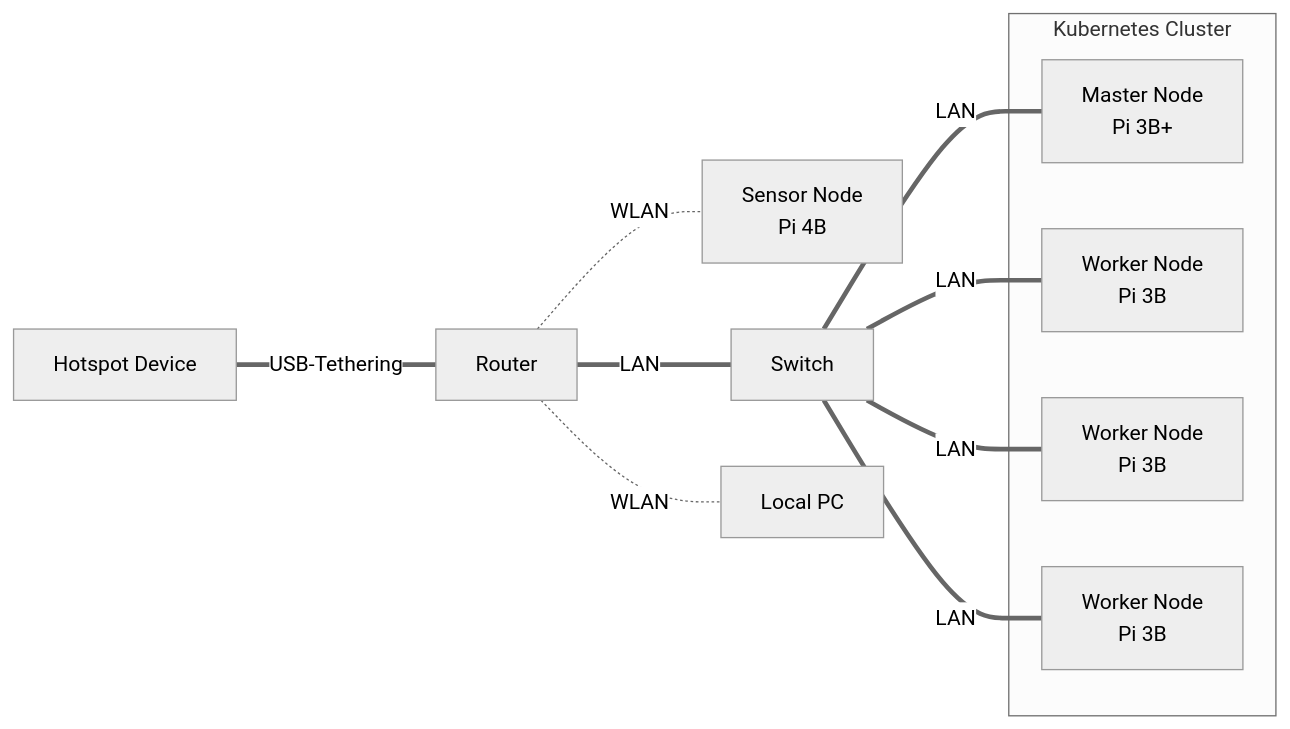
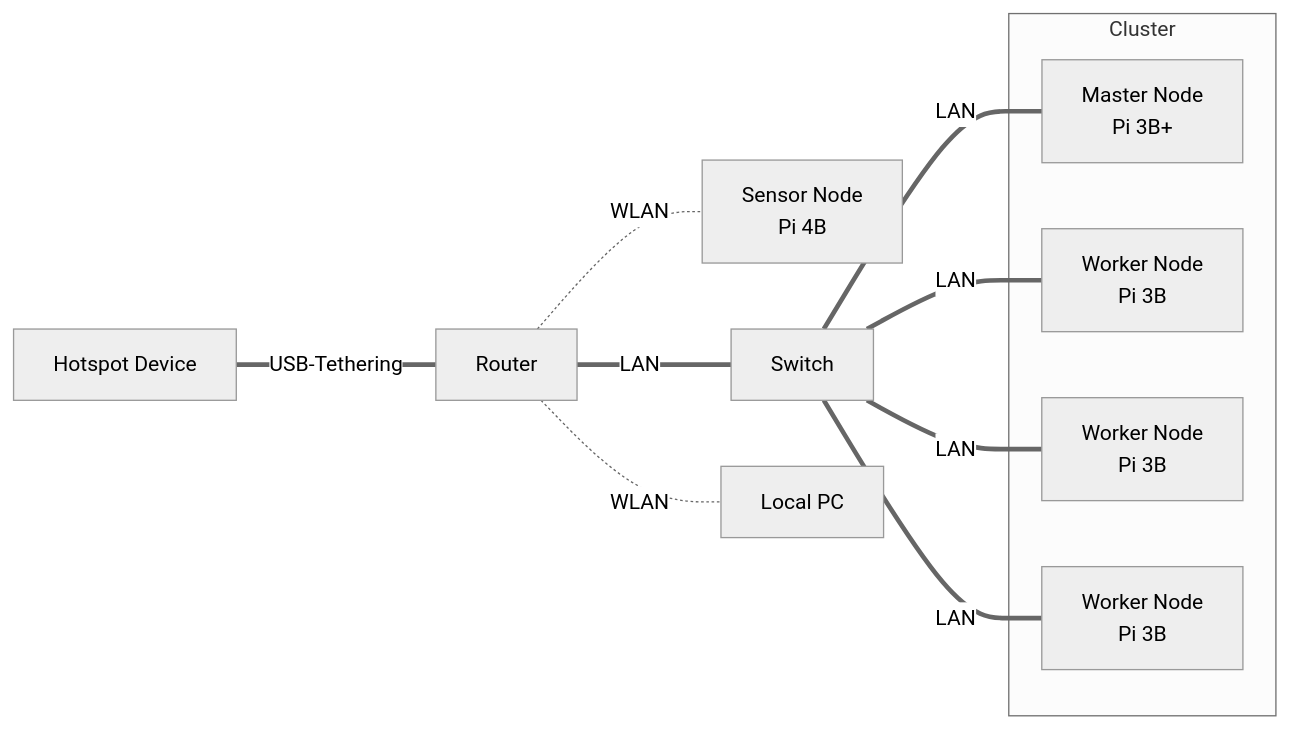
One commit to ccfrauasgr2/pet-detection changed the first of 4 diagrams in docs/Group_2_SS23_ProjectReport.md. Above: the diagram before and after it, drawn with Mermaid (neutral theme). The commit also changed other lines of this file and 18 other files, not shown here.

````diff
--- a/docs/Group_2_SS23_ProjectReport.md
+++ b/docs/Group_2_SS23_ProjectReport.md
@@ -37,23 +38,23 @@
 ```mermaid
 flowchart LR
   hotspot[Hotspot Device]
   router[Router]
   sensornode[Sensor Node\nPi 4B]
   switch[Switch]
   
 
 
-subgraph cluster[Kubernetes Cluster]
+subgraph cluster[Cluster]
   master[Master Node\nPi 3B+]
   worker1[Worker Node\nPi 3B]
   worker2[Worker Node\nPi 3B]
   worker3[Worker Node\nPi 3B]
 end  
   
   localpc[Local PC]
 
   hotspot ==USB-Tethering=== router
   router -. WLAN .- localpc & sensornode 
   router ==LAN=== switch ==LAN=== master & worker1 & worker2 & worker3
 
 ```
````
